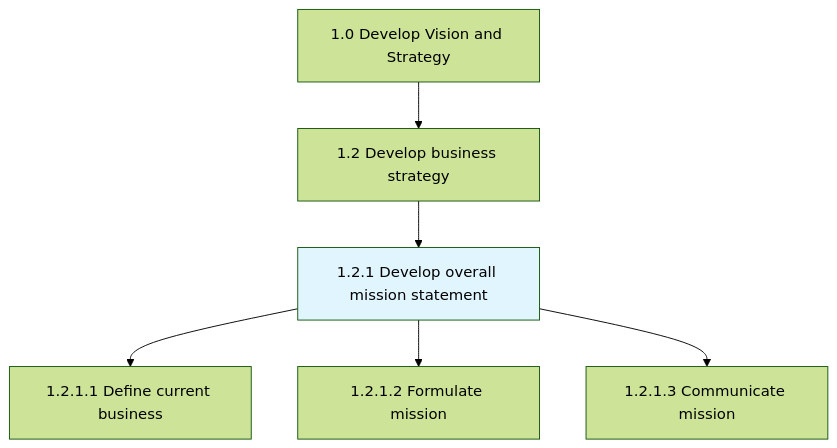
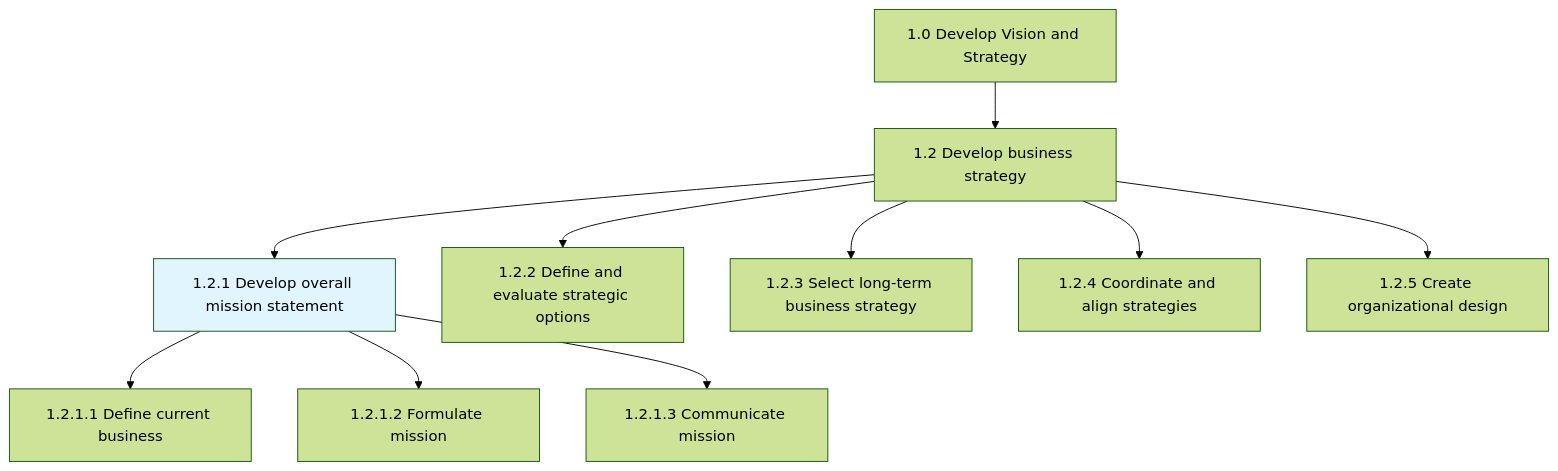
One commit to kziemski/business.org.ai changed the first of 3 diagrams in processes/01-Strategy/1.2-DevelopBusinessStrategy/1.2.1-DevelopOverallMissionStatement/index.mdx. Above: the diagram before and after it, drawn with Mermaid (forest theme). The commit also changed other lines of this file and 67 other files, not shown here.

````diff
--- a/processes/01-Strategy/1.2-DevelopBusinessStrategy/1.2.1-DevelopOverallMissionStatement/index.mdx
+++ b/processes/01-Strategy/1.2-DevelopBusinessStrategy/1.2.1-DevelopOverallMissionStatement/index.mdx
@@ -25,10 +27,16 @@
 ```mermaid
 graph TD
     C1["1.0 Develop Vision and Strategy"]
-    C1 --> N1_2["1.2 Develop business strategy"]
-    N1_2 --> N1_2_1["1.2.1 Develop overall mission statement"]
-    style N1_2_1 fill:#e1f5fe
-    N1_2_1 --> N1_2_1_1["1.2.1.1 Define current business"]
-    N1_2_1 --> N1_2_1_2["1.2.1.2 Formulate mission"]
-    N1_2_1 --> N1_2_1_3["1.2.1.3 Communicate mission"]
+    C1 --> G12["1.2 Develop business strategy"]
+
+    G12 --> P121["1.2.1 Develop overall mission statement"]
+    G12 --> P122["1.2.2 Define and evaluate strategic options"]
+    G12 --> P123["1.2.3 Select long-term business strategy"]
+    G12 --> P124["1.2.4 Coordinate and align strategies"]
+    G12 --> P125["1.2.5 Create organizational design"]
+
+    style P121 fill:#e1f5fe
+    P121 --> A1211["1.2.1.1 Define current business"]
+    P121 --> A1212["1.2.1.2 Formulate mission"]
+    P121 --> A1213["1.2.1.3 Communicate mission"]
 ```
````
